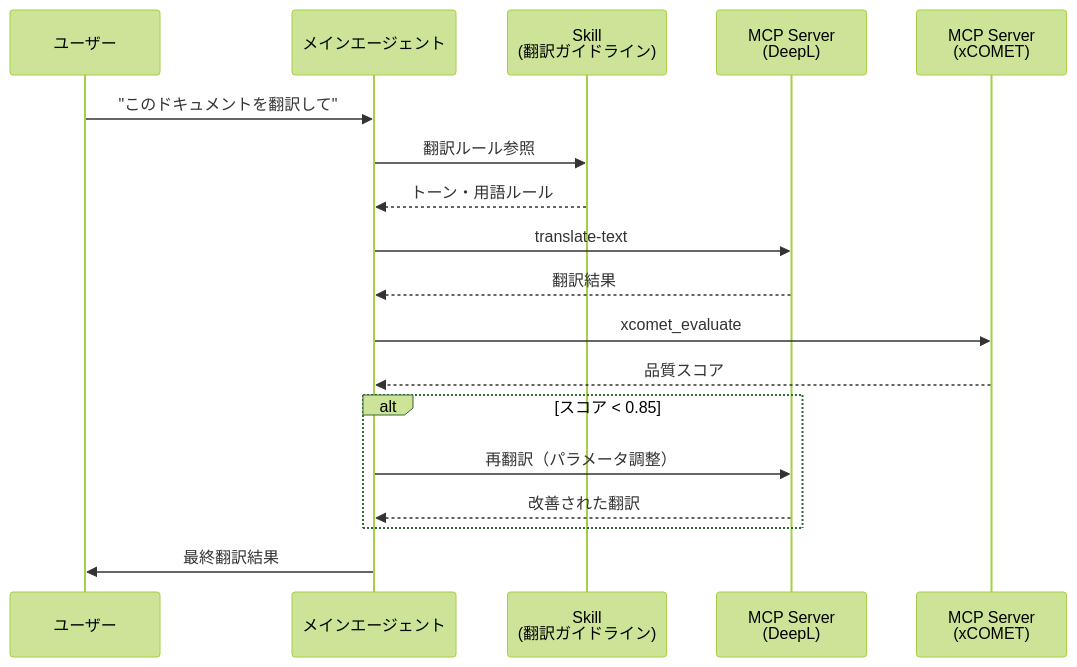
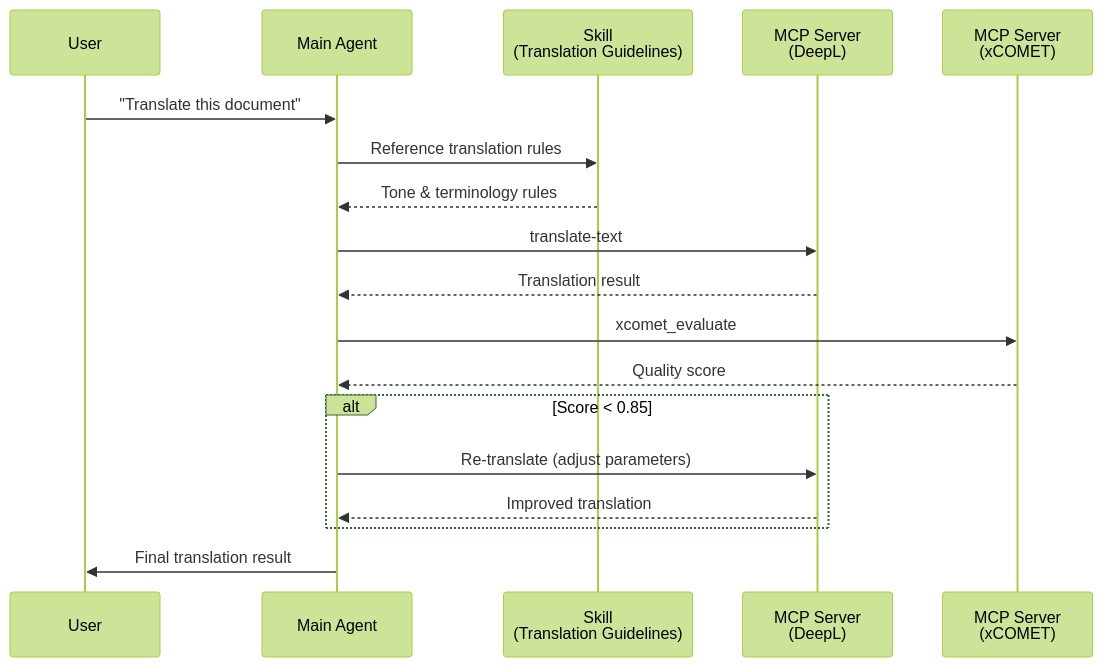
One commit to shuji-bonji/ai-agent-architecture changed the eighth of 8 diagrams in docs/concepts/03-architecture.md. Above: the diagram before and after it, drawn with Mermaid (forest theme). The commit also changed other lines of this file and 42 other files, not shown here.

````diff
--- a/docs/concepts/03-architecture.md
+++ b/docs/concepts/03-architecture.md
@@ -393,21 +395,21 @@
 ```mermaid
 sequenceDiagram
-    participant U as ユーザー
-    participant M as メインエージェント
-    participant S as Skill<br/>(翻訳ガイドライン)
+    participant U as User
+    participant M as Main Agent
+    participant S as Skill<br/>(Translation Guidelines)
     participant D as MCP Server<br/>(DeepL)
     participant X as MCP Server<br/>(xCOMET)
 
-    U->>M: "このドキュメントを翻訳して"
-    M->>S: 翻訳ルール参照
-    S-->>M: トーン・用語ルール
+    U->>M: "Translate this document"
+    M->>S: Reference translation rules
+    S-->>M: Tone & terminology rules
     M->>D: translate-text
-    D-->>M: 翻訳結果
+    D-->>M: Translation result
     M->>X: xcomet_evaluate
-    X-->>M: 品質スコア
-    alt スコア < 0.85
-        M->>D: 再翻訳（パラメータ調整）
-        D-->>M: 改善された翻訳
+    X-->>M: Quality score
+    alt Score < 0.85
+        M->>D: Re-translate (adjust parameters)
+        D-->>M: Improved translation
     end
-    M->>U: 最終翻訳結果
+    M->>U: Final translation result
 ```
````
